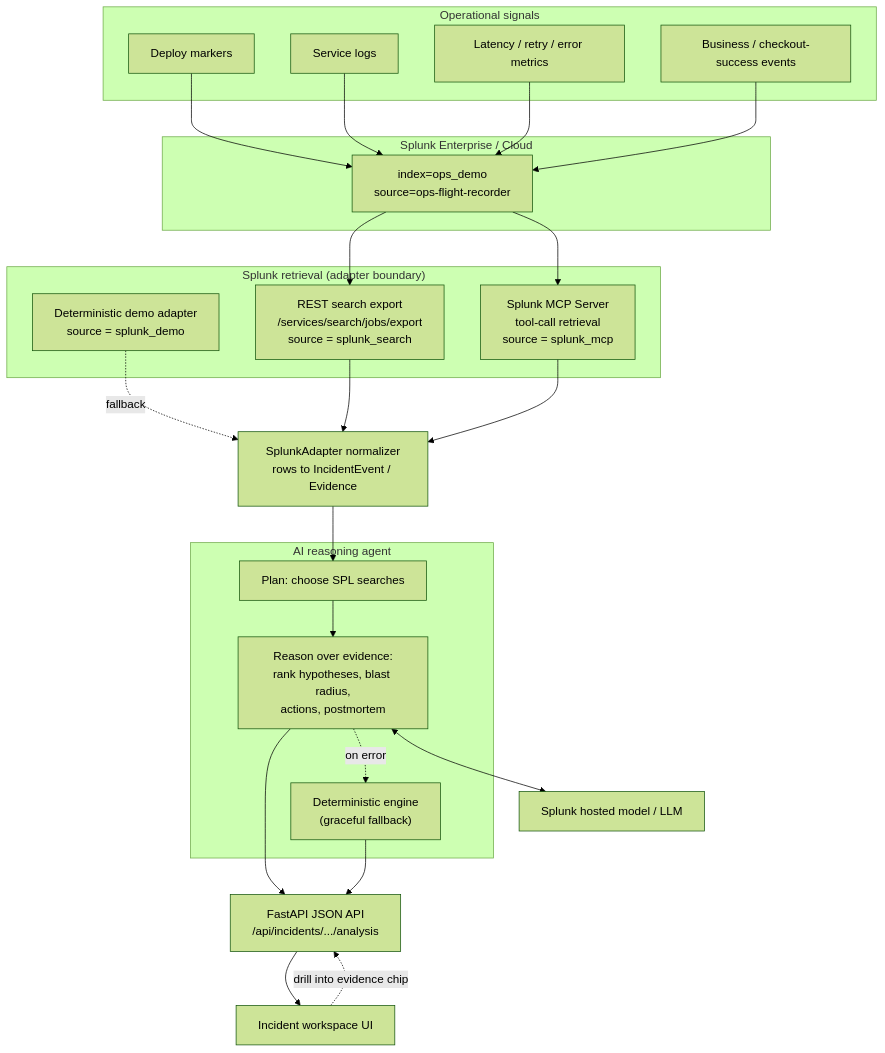
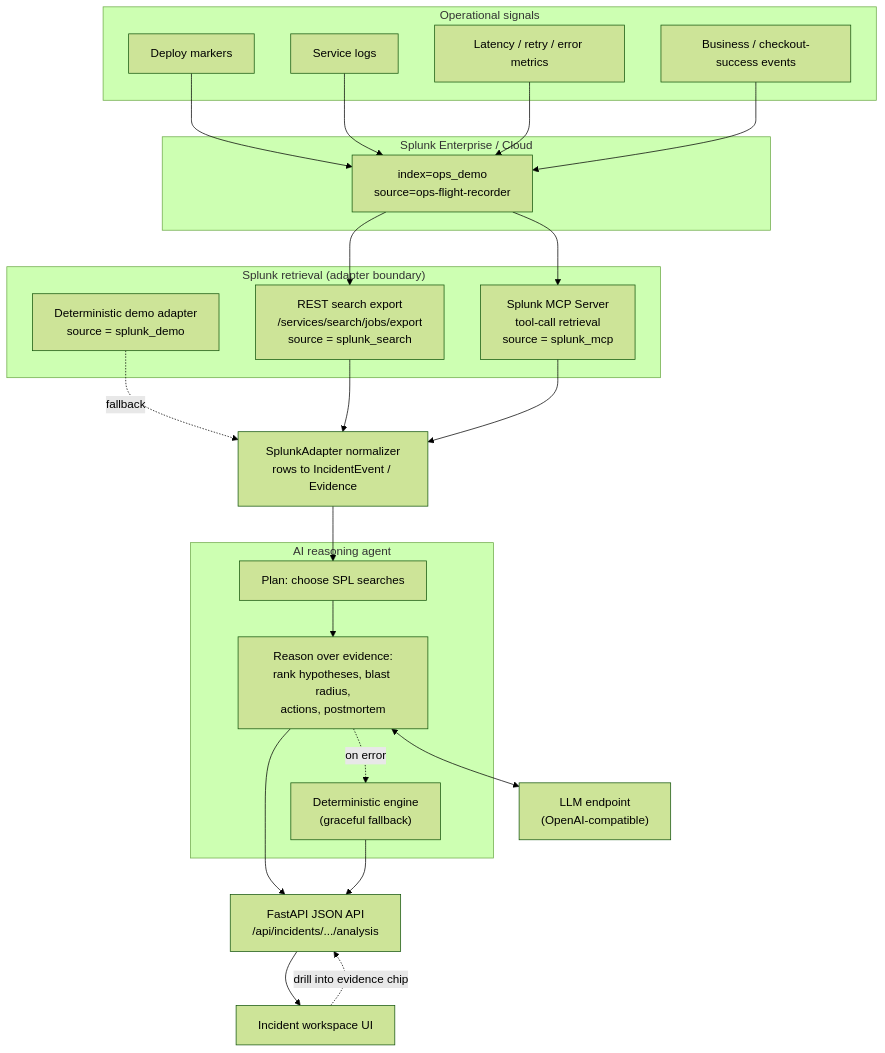
One commit to Sai-Krishna99/splunk-ops-flight-recorder changed the diagram in architecture_diagram.md. Above: the diagram before and after it, drawn with Mermaid (forest theme). The commit also changed other lines of this file, not shown here.

Commit message:
docs: align architecture_diagram with accurate pluggable-LLM framing

````diff
--- a/architecture_diagram.md
+++ b/architecture_diagram.md
@@ -20,53 +21,53 @@
 ```mermaid
 flowchart TB
     subgraph Sources["Operational signals"]
         S1["Deploy markers"]
         S2["Service logs"]
         S3["Latency / retry / error metrics"]
         S4["Business / checkout-success events"]
     end
 
     subgraph Splunk["Splunk Enterprise / Cloud"]
         IDX["index=ops_demo<br/>source=ops-flight-recorder"]
     end
 
     subgraph Retrieval["Splunk retrieval (adapter boundary)"]
         REST["REST search export<br/>/services/search/jobs/export<br/>source = splunk_search"]
         MCP["Splunk MCP Server<br/>tool-call retrieval<br/>source = splunk_mcp"]
         DEMO["Deterministic demo adapter<br/>source = splunk_demo"]
     end
 
     NORM["SplunkAdapter normalizer<br/>rows to IncidentEvent / Evidence"]
 
     subgraph Agent["AI reasoning agent"]
         PLAN["Plan: choose SPL searches"]
         REASON["Reason over evidence:<br/>rank hypotheses, blast radius,<br/>actions, postmortem"]
         FALLBACK["Deterministic engine<br/>(graceful fallback)"]
     end
 
-    MODEL["Splunk hosted model / LLM"]
+    MODEL["LLM endpoint<br/>(OpenAI-compatible)"]
 
     API["FastAPI JSON API<br/>/api/incidents/.../analysis"]
     UI["Incident workspace UI"]
 
     S1 --> IDX
     S2 --> IDX
     S3 --> IDX
     S4 --> IDX
 
     IDX --> REST
     IDX --> MCP
     DEMO -.fallback.-> NORM
     REST --> NORM
     MCP --> NORM
 
     NORM --> PLAN
     PLAN --> REASON
     REASON <--> MODEL
     REASON -.on error.-> FALLBACK
     REASON --> API
     FALLBACK --> API
     API --> UI
 
     UI -. drill into evidence chip .-> API
 ```
````
